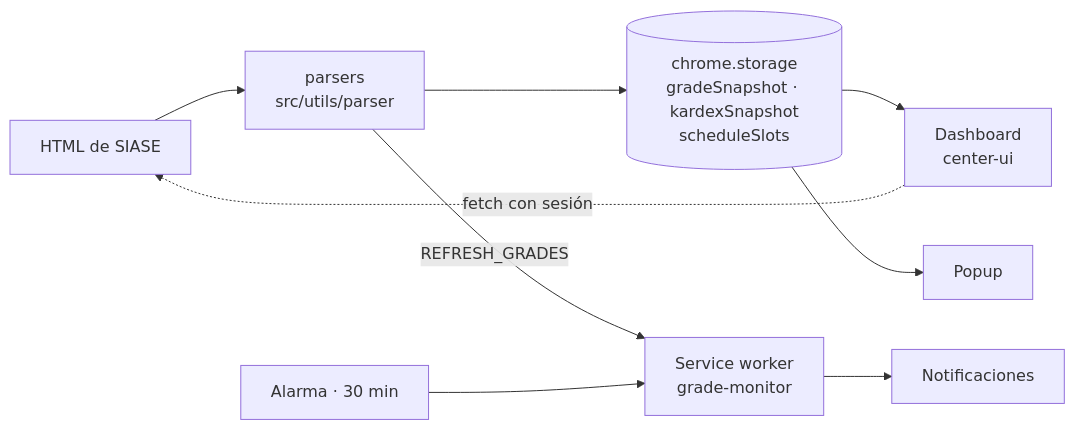
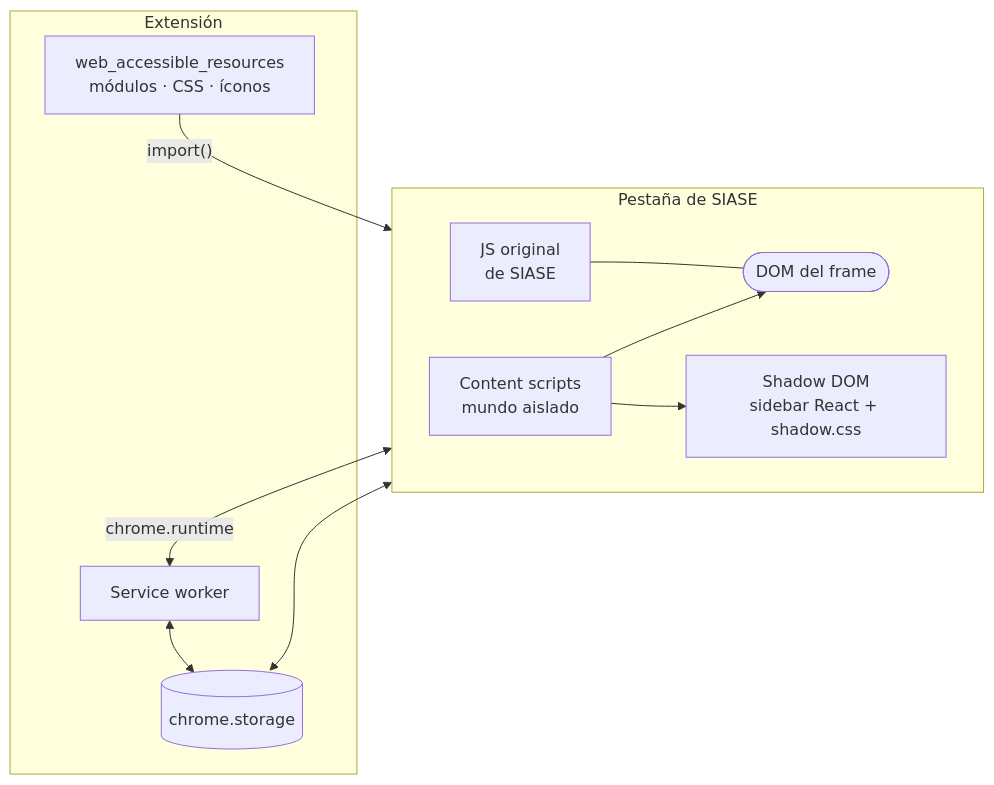
Before and after one commit to AlejoReyna/siaseButWithMods: the third of 3 diagrams in docs/ARCHITECTURE.md, drawn with Mermaid. The commit also changed other lines of this file and 1 other file, not shown here.

Commit message:
Refocus architecture diagrams on browser injection

````diff
--- a/docs/ARCHITECTURE.md
+++ b/docs/ARCHITECTURE.md
@@ -25,11 +46,18 @@
 ```mermaid
-flowchart LR
-  H["HTML de SIASE"] --> P["parsers<br/>src/utils/parser"]
-  P --> ST[("chrome.storage<br/>gradeSnapshot · kardexSnapshot<br/>scheduleSlots")]
-  ST --> D["Dashboard<br/>center-ui"]
-  ST --> U["Popup"]
-  D -. "fetch con sesión" .-> H
-  P -- "REFRESH_GRADES" --> SW["Service worker<br/>grade-monitor"]
-  SW --> NT["Notificaciones"]
-  A["Alarma · 30 min"] --> SW
+flowchart TB
+  subgraph TAB["Pestaña de SIASE"]
+    direction LR
+    PJ["JS original<br/>de SIASE"] --- DOM(["DOM del frame"])
+    CS["Content scripts<br/>mundo aislado"] --> DOM
+    CS --> SH["Shadow DOM<br/>sidebar React + shadow.css"]
+  end
+  subgraph EXT["Extensión"]
+    SW["Service worker"]
+    ST[("chrome.storage")]
+    WR["web_accessible_resources<br/>módulos · CSS · íconos"]
+  end
+  WR -- "import()" --> CS
+  CS <-- "chrome.runtime" --> SW
+  CS <--> ST
+  SW <--> ST
 ```
````
